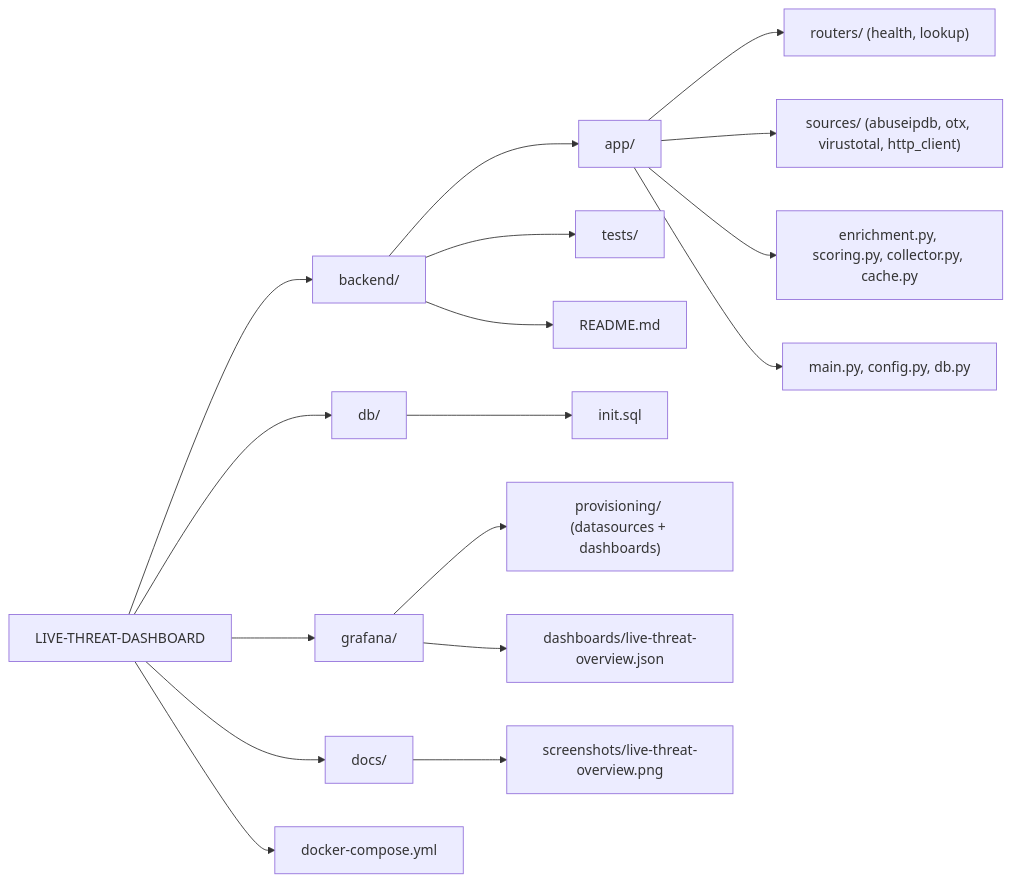
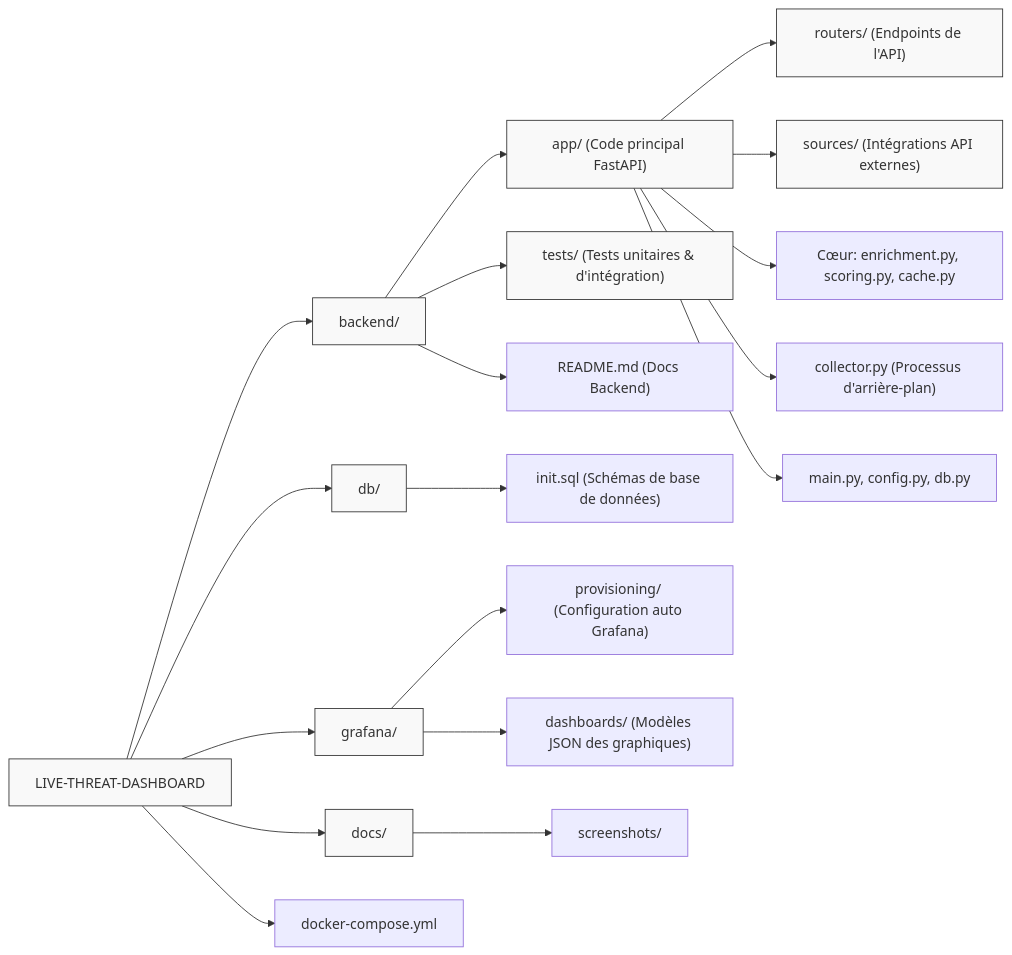
The first of 2 diagrams in README.md (Alito153/live-threat-dashboard), drawn with Mermaid before and after one commit. The commit also changed other lines of this file, not shown here.

Commit message:
docs: traduit le README en français avec sections architecture et organisation détaillées

````diff
--- a/README.md
+++ b/README.md
@@ -136,23 +99,30 @@
 ```mermaid
 flowchart LR
     ROOT["LIVE-THREAT-DASHBOARD"]
     ROOT --> BACK["backend/"]
     ROOT --> DBDIR["db/"]
     ROOT --> GRAF["grafana/"]
     ROOT --> DOCS["docs/"]
     ROOT --> COMPOSE["docker-compose.yml"]
 
-    BACK --> APP["app/"]
-    BACK --> TESTS["tests/"]
-    BACK --> BREADME["README.md"]
+    %% Sous-composants du Backend
+    BACK --> APP["app/ (Code principal FastAPI)"]
+    BACK --> TESTS["tests/ (Tests unitaires & d'intégration)"]
+    BACK --> BREADME["README.md (Docs Backend)"]
 
-    APP --> ROUTERS["routers/ (health, lookup)"]
-    APP --> SOURCES["sources/ (abuseipdb, otx, virustotal, http_client)"]
-    APP --> CORE["enrichment.py, scoring.py, collector.py, cache.py"]
+    %% Architecture de app/
+    APP --> ROUTERS["routers/ (Endpoints de l'API)"]
+    APP --> SOURCES["sources/ (Intégrations API externes)"]
+    APP --> CORE["Cœur: enrichment.py, scoring.py, cache.py"]
+    APP --> DAEMON["collector.py (Processus d'arrière-plan)"]
     APP --> ENTRY["main.py, config.py, db.py"]
 
-    DBDIR --> INITSQL["init.sql"]
-    GRAF --> PROV["provisioning/ (datasources + dashboards)"]
-    GRAF --> DASHJSON["dashboards/live-threat-overview.json"]
-    DOCS --> SHOTS["screenshots/live-threat-overview.png"]
+    %% Détails des autres dossiers
+    DBDIR --> INITSQL["init.sql (Schémas de base de données)"]
+    GRAF --> PROV["provisioning/ (Configuration auto Grafana)"]
+    GRAF --> DASHJSON["dashboards/ (Modèles JSON des graphiques)"]
+    DOCS --> SHOTS["screenshots/"]
+
+    classDef folder fill:#f9f9f9,stroke:#333,stroke-width:1px;
+    class ROOT,BACK,DBDIR,GRAF,DOCS,APP,TESTS,ROUTERS,SOURCES folder;
 ```
````
